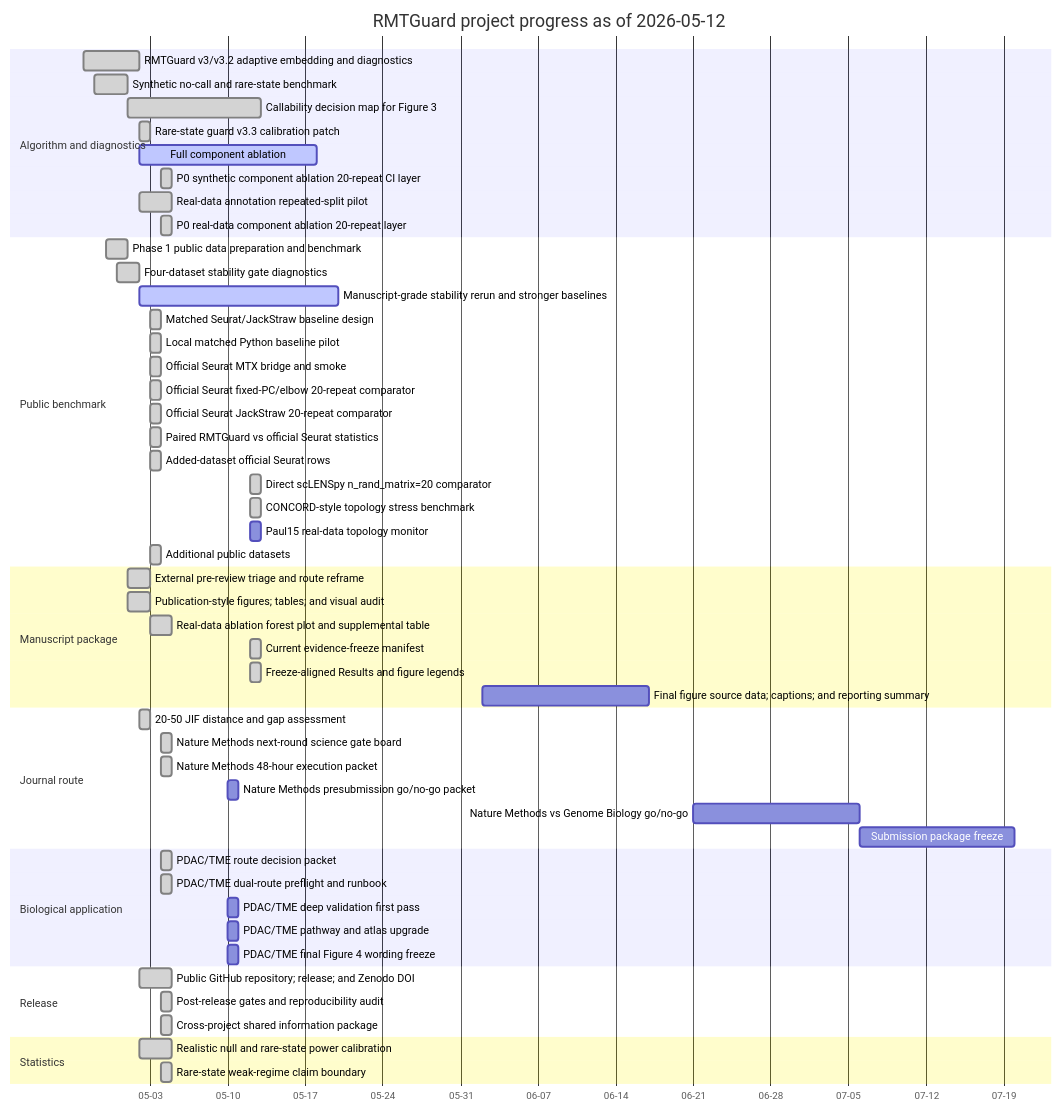
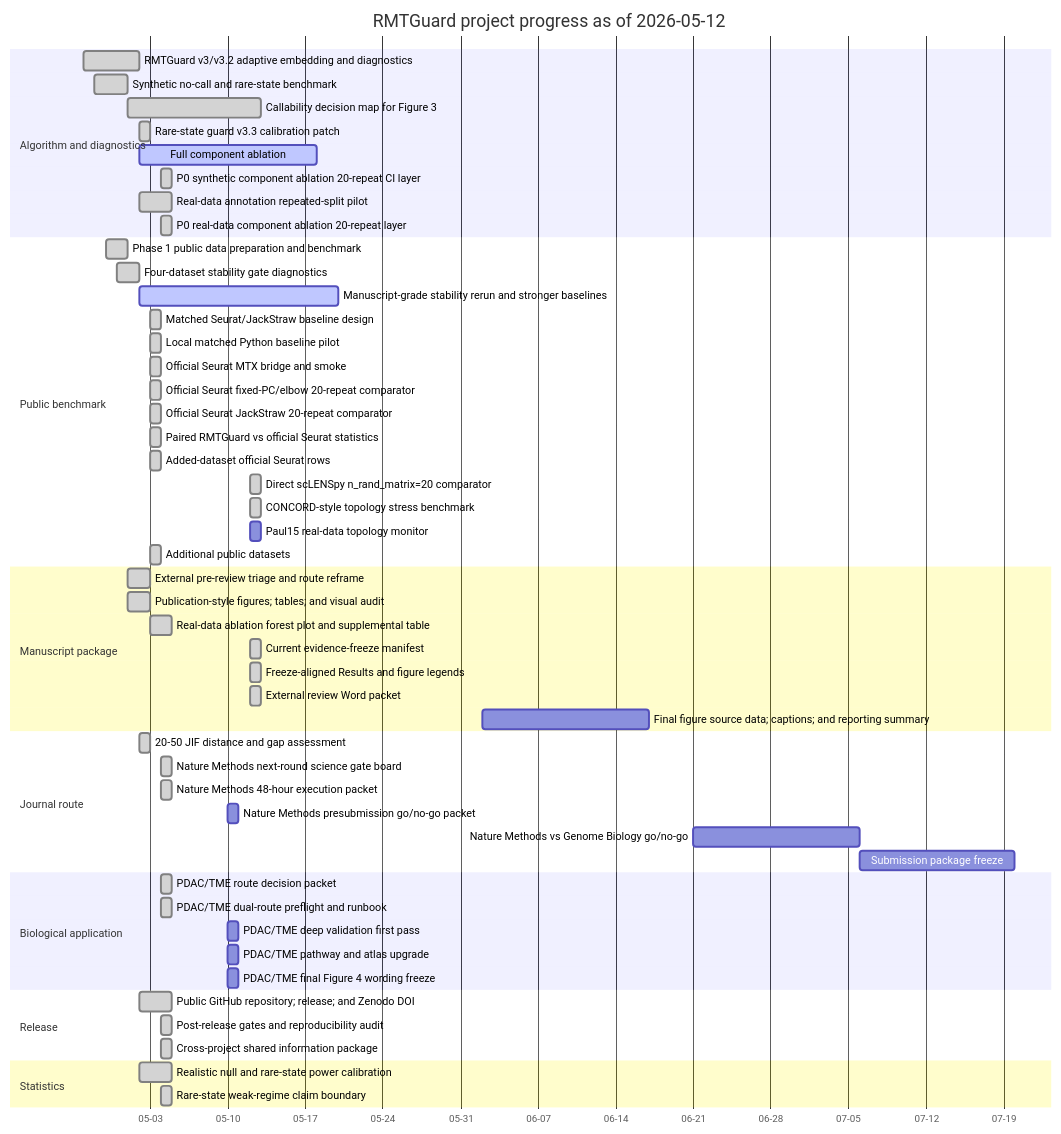
One commit to healthgreat/rmtguard changed the diagram in results/project_management/rmtguard_project_gantt.md. Above: the diagram before and after it, drawn with Mermaid. The commit also changed other lines of this file and 14 other files, not shown here.

Commit message:
Add external review Word handoff packet

````diff
--- a/results/project_management/rmtguard_project_gantt.md
+++ b/results/project_management/rmtguard_project_gantt.md
@@ -13,57 +13,58 @@
 ```mermaid
 gantt
     title RMTGuard project progress as of 2026-05-12
     dateFormat  YYYY-MM-DD
     axisFormat  %m-%d
     section Algorithm and diagnostics
     RMTGuard v3/v3.2 adaptive embedding and diagnostics :done, T01, 2026-04-27, 5d
     Synthetic no-call and rare-state benchmark :done, T02, 2026-04-28, 3d
     Callability decision map for Figure 3 :done, T03, 2026-05-01, 12d
     Rare-state guard v3.3 calibration patch :done, T04, 2026-05-02, 1d
     Full component ablation :active, T18, 2026-05-02, 16d
     P0 synthetic component ablation 20-repeat CI layer :done, T19, 2026-05-04, 1d
     Real-data annotation repeated-split pilot :done, T20, 2026-05-02, 3d
     P0 real-data component ablation 20-repeat layer :done, T21, 2026-05-04, 1d
     section Public benchmark
     Phase 1 public data preparation and benchmark :done, T05, 2026-04-29, 2d
     Four-dataset stability gate diagnostics :done, T06, 2026-04-30, 2d
     Manuscript-grade stability rerun and stronger baselines :active, T17, 2026-05-02, 18d
-    Matched Seurat/JackStraw baseline design :done, T25, 2026-05-03, 1d
-    Local matched Python baseline pilot :done, T26, 2026-05-03, 1d
-    Official Seurat MTX bridge and smoke :done, T27, 2026-05-03, 1d
-    Official Seurat fixed-PC/elbow 20-repeat comparator :done, T28, 2026-05-03, 1d
-    Official Seurat JackStraw 20-repeat comparator :done, T29, 2026-05-03, 1d
-    Paired RMTGuard vs official Seurat statistics :done, T30, 2026-05-03, 1d
-    Added-dataset official Seurat rows :done, T31, 2026-05-03, 1d
-    Direct scLENSpy n_rand_matrix=20 comparator :done, T32, 2026-05-12, 1d
-    CONCORD-style topology stress benchmark :done, T33, 2026-05-12, 1d
-    Paul15 real-data topology monitor :T34, 2026-05-12, 1d
-    Additional public datasets :done, T38, 2026-05-03, 1d
+    Matched Seurat/JackStraw baseline design :done, T26, 2026-05-03, 1d
+    Local matched Python baseline pilot :done, T27, 2026-05-03, 1d
+    Official Seurat MTX bridge and smoke :done, T28, 2026-05-03, 1d
+    Official Seurat fixed-PC/elbow 20-repeat comparator :done, T29, 2026-05-03, 1d
+    Official Seurat JackStraw 20-repeat comparator :done, T30, 2026-05-03, 1d
+    Paired RMTGuard vs official Seurat statistics :done, T31, 2026-05-03, 1d
+    Added-dataset official Seurat rows :done, T32, 2026-05-03, 1d
+    Direct scLENSpy n_rand_matrix=20 comparator :done, T33, 2026-05-12, 1d
+    CONCORD-style topology stress benchmark :done, T34, 2026-05-12, 1d
+    Paul15 real-data topology monitor :T35, 2026-05-12, 1d
+    Additional public datasets :done, T39, 2026-05-03, 1d
     section Manuscript package
     External pre-review triage and route reframe :done, T07, 2026-05-01, 2d
     Publication-style figures; tables; and visual audit :done, T08, 2026-05-01, 2d
     Real-data ablation forest plot and supplemental table :done, T22, 2026-05-03, 2d
     Current evidence-freeze manifest :done, T23, 2026-05-12, 1d
     Freeze-aligned Results and figure legends :done, T24, 2026-05-12, 1d
-    Final figure source data; captions; and reporting summary :T39, 2026-06-02, 15d
+    External review Word packet :done, T25, 2026-05-12, 1d
+    Final figure source data; captions; and reporting summary :T40, 2026-06-02, 15d
     section Journal route
     20-50 JIF distance and gap assessment :done, T09, 2026-05-02, 1d
     Nature Methods next-round science gate board :done, T10, 2026-05-04, 1d
     Nature Methods 48-hour execution packet :done, T11, 2026-05-04, 1d
-    Nature Methods presubmission go/no-go packet :T42, 2026-05-10, 1d
-    Nature Methods vs Genome Biology go/no-go :T43, 2026-06-21, 15d
-    Submission package freeze :T44, 2026-07-06, 14d
+    Nature Methods presubmission go/no-go packet :T43, 2026-05-10, 1d
+    Nature Methods vs Genome Biology go/no-go :T44, 2026-06-21, 15d
+    Submission package freeze :T45, 2026-07-06, 14d
     section Biological application
     PDAC/TME route decision packet :done, T12, 2026-05-04, 1d
     PDAC/TME dual-route preflight and runbook :done, T13, 2026-05-04, 1d
-    PDAC/TME deep validation first pass :T35, 2026-05-10, 1d
-    PDAC/TME pathway and atlas upgrade :T36, 2026-05-10, 1d
-    PDAC/TME final Figure 4 wording freeze :T37, 2026-05-10, 1d
+    PDAC/TME deep validation first pass :T36, 2026-05-10, 1d
+    PDAC/TME pathway and atlas upgrade :T37, 2026-05-10, 1d
+    PDAC/TME final Figure 4 wording freeze :T38, 2026-05-10, 1d
     section Release
     Public GitHub repository; release; and Zenodo DOI :done, T14, 2026-05-02, 3d
-    Post-release gates and reproducibility audit :done, T40, 2026-05-04, 1d
-    Cross-project shared information package :done, T41, 2026-05-04, 1d
+    Post-release gates and reproducibility audit :done, T41, 2026-05-04, 1d
+    Cross-project shared information package :done, T42, 2026-05-04, 1d
     section Statistics
     Realistic null and rare-state power calibration :done, T15, 2026-05-02, 3d
     Rare-state weak-regime claim boundary :done, T16, 2026-05-04, 1d
 ```
````
